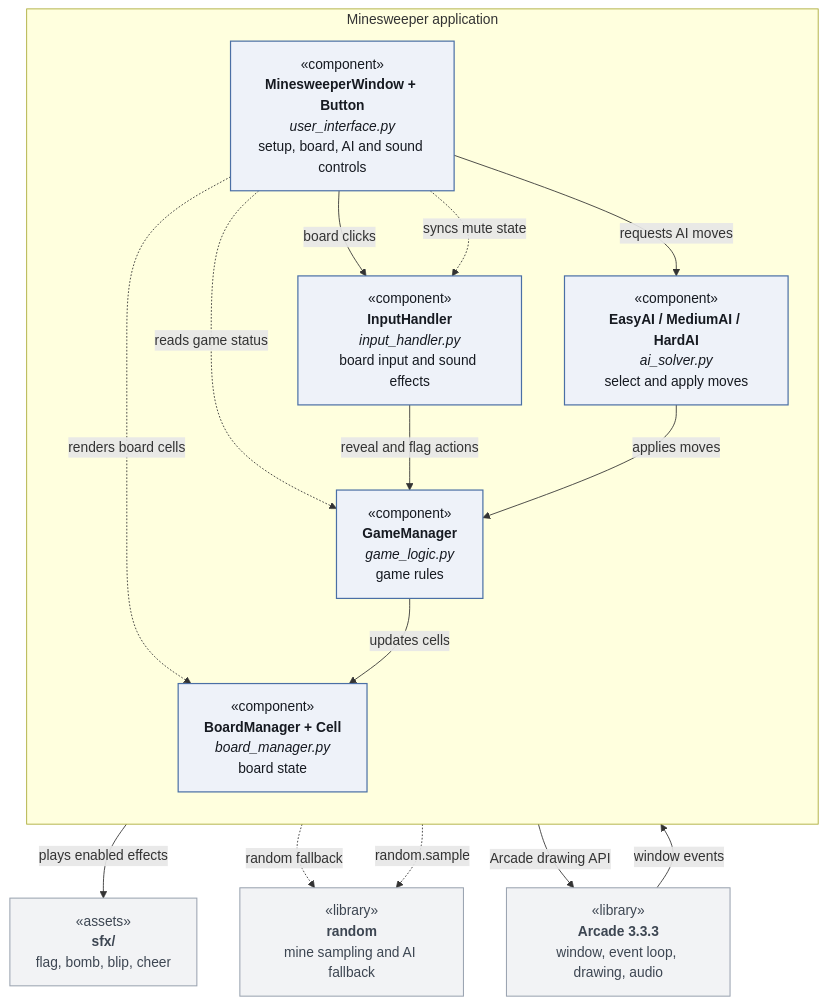
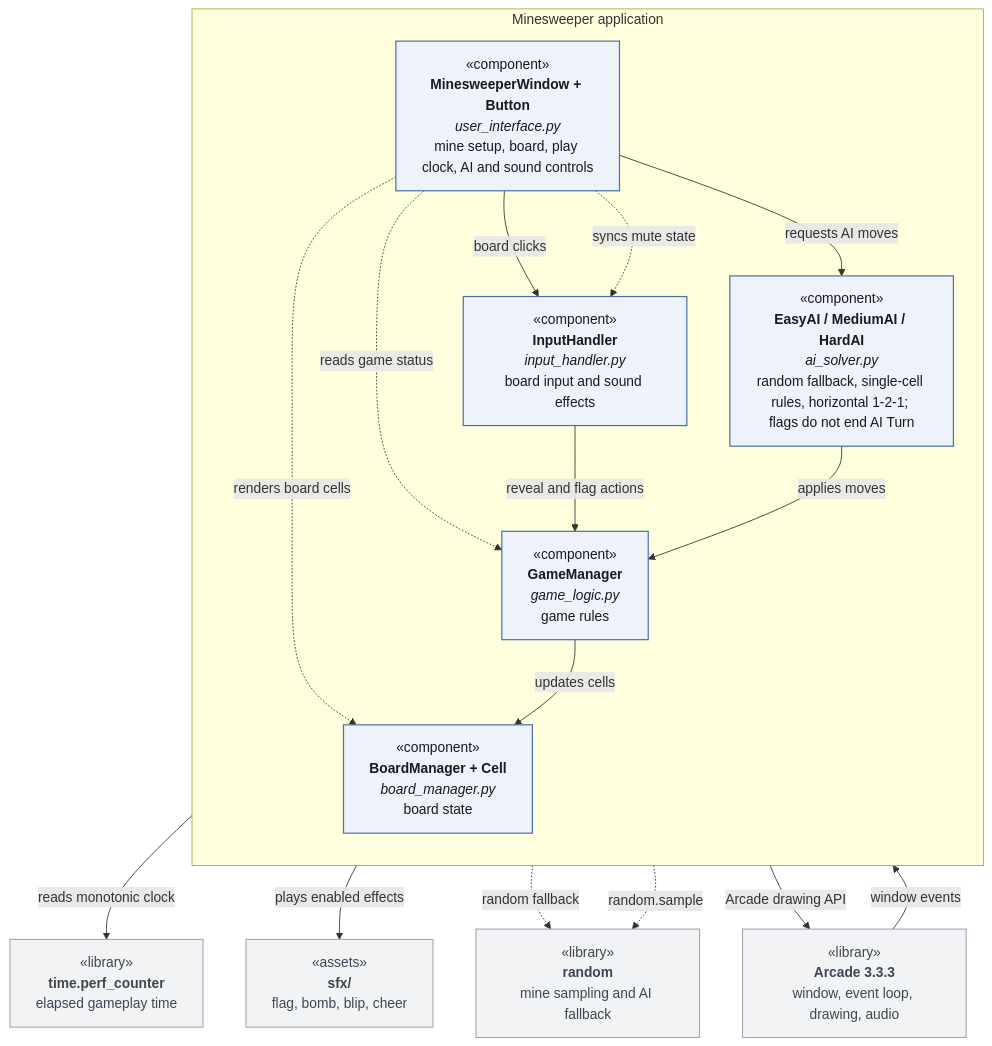
One commit to flec1115/EECS-581-MineSweeper changed the first of 3 diagrams in README.md. Above: the diagram before and after it, drawn with Mermaid. The commit also changed other lines of this file and 8 other files, not shown here.

````diff
--- a/README.md
+++ b/README.md
@@ -106,35 +111,37 @@
 ```mermaid
 flowchart TB
     ARC["«library»<br/><b>Arcade 3.3.3</b><br/>window, event loop, drawing, audio"]
 
     subgraph APP[" Minesweeper application "]
       direction TB
-      UI["«component»<br/><b>MinesweeperWindow + Button</b><br/><i>user_interface.py</i><br/>setup, board, AI and sound controls"]
+      UI["«component»<br/><b>MinesweeperWindow + Button</b><br/><i>user_interface.py</i><br/>mine setup, board, play clock, AI and sound controls"]
       IH["«component»<br/><b>InputHandler</b><br/><i>input_handler.py</i><br/>board input and sound effects"]
-      AI["«component»<br/><b>EasyAI / MediumAI / HardAI</b><br/><i>ai_solver.py</i><br/>select and apply moves"]
+      AI["«component»<br/><b>EasyAI / MediumAI / HardAI</b><br/><i>ai_solver.py</i><br/>random fallback, single-cell rules, horizontal 1-2-1; flags do not end AI Turn"]
       GL["«component»<br/><b>GameManager</b><br/><i>game_logic.py</i><br/>game rules"]
       BM["«component»<br/><b>BoardManager + Cell</b><br/><i>board_manager.py</i><br/>board state"]
     end
 
     RND["«library»<br/><b>random</b><br/>mine sampling and AI fallback"]
+    CLOCK["«library»<br/><b>time.perf_counter</b><br/>elapsed gameplay time"]
     SFX["«assets»<br/><b>sfx/</b><br/>flag, bomb, blip, cheer"]
 
     ARC -->|"window events"| UI
     UI -->|"board clicks"| IH
     UI -->|"requests AI moves"| AI
+    UI -->|"reads monotonic clock"| CLOCK
     UI -.->|"reads game status"| GL
     UI -.->|"renders board cells"| BM
     IH -->|"reveal and flag actions"| GL
     IH -->|"plays enabled effects"| SFX
     AI -->|"applies moves"| GL
     AI -.->|"random fallback"| RND
     GL -->|"updates cells"| BM
     GL -.->|"random.sample"| RND
     UI -->|"Arcade drawing API"| ARC
     UI -.->|"syncs mute state"| IH
 
     classDef comp fill:#eef2f9,stroke:#4a6fa5,stroke-width:1.4px,color:#161a21
     classDef lib fill:#f2f3f5,stroke:#9aa3b0,stroke-width:1.2px,color:#3d4652
     class UI,IH,AI,GL,BM comp
-    class ARC,RND,SFX lib
+    class ARC,RND,CLOCK,SFX lib
 ```
````
